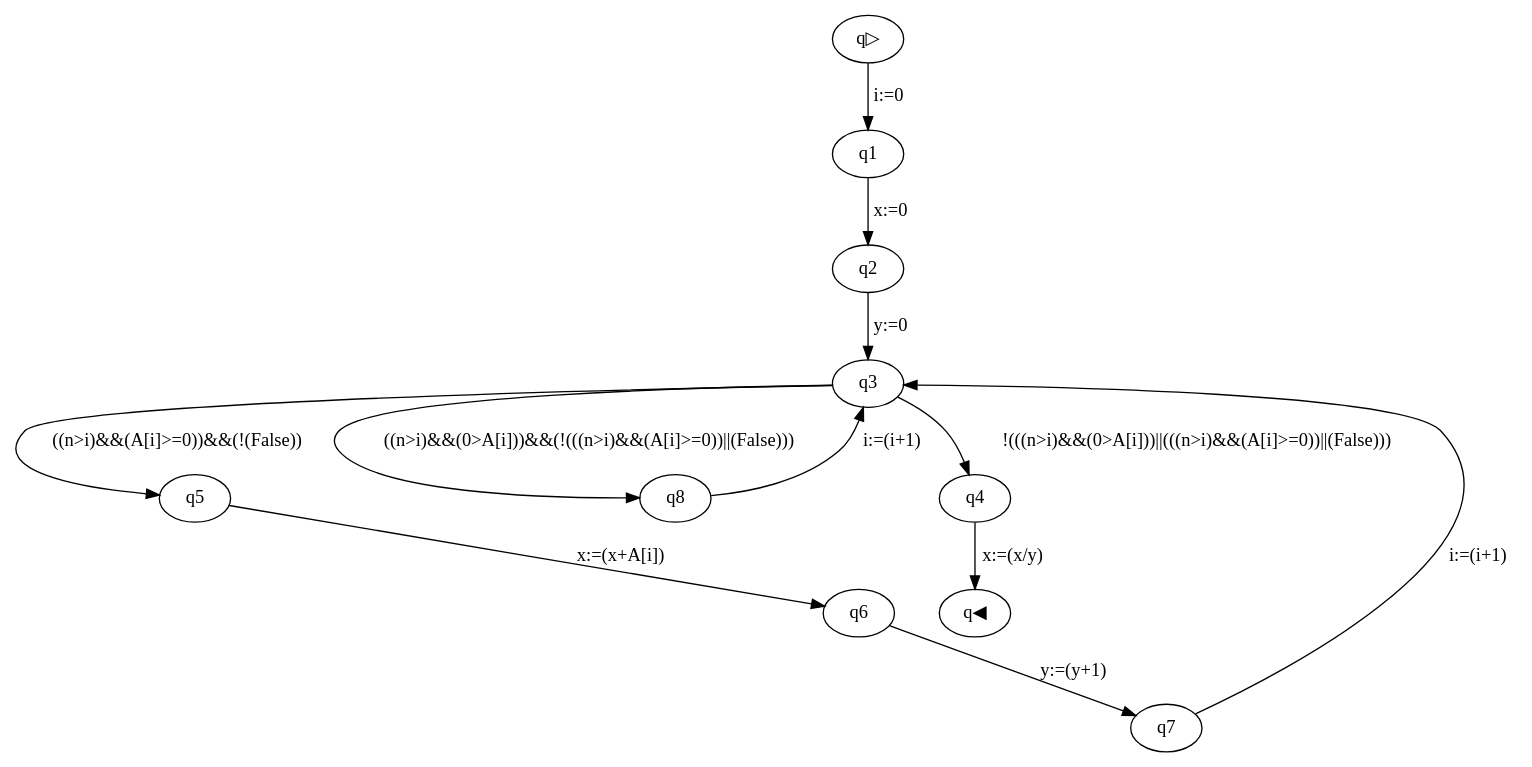
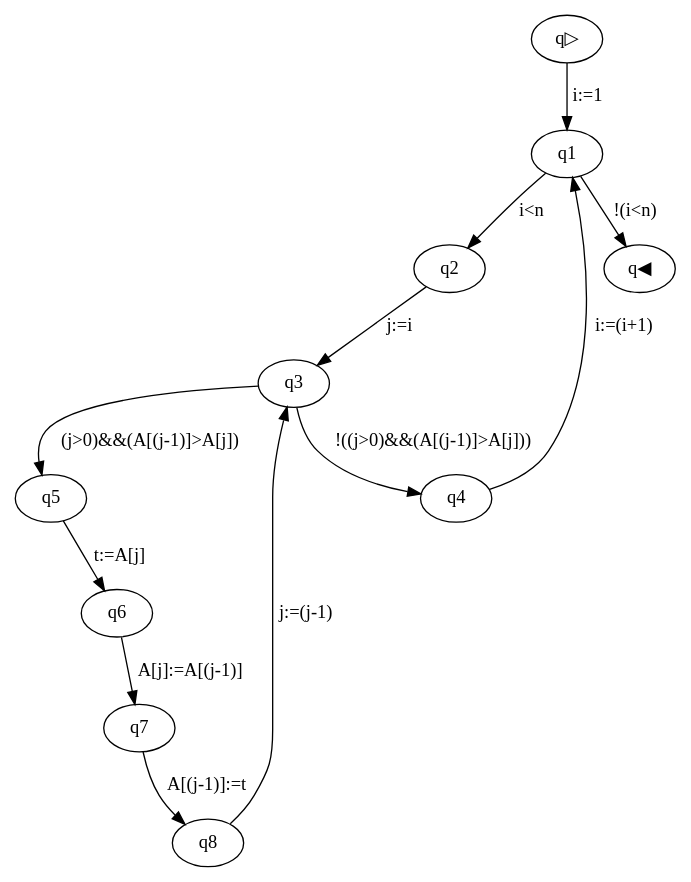
The diagram in FilesOUT/graph.dot (JepMik/GCL-Build-Analyse-Tool), drawn with Graphviz before and after one commit. The commit also changed 6 other files, not shown here.

```diff
--- a/FilesOUT/graph.dot
+++ b/FilesOUT/graph.dot
@@ -1,13 +1,13 @@
 strict digraph {
-q▷ -> q1[label="i:=0"];
-q1 -> q2[label="x:=0"];
-q2 -> q3[label="y:=0"];
-q3 -> q5[label="((n>i)&&(A[i]>=0))&&(!(False))"];
-q5 -> q6[label="x:=(x+A[i])"];
-q6 -> q7[label="y:=(y+1)"];
-q7 -> q3[label="i:=(i+1)"];
-q3 -> q8[label="((n>i)&&(0>A[i]))&&(!(((n>i)&&(A[i]>=0))||(False)))"];
-q8 -> q3[label="i:=(i+1)"];
-q3 -> q4[label="!(((n>i)&&(0>A[i]))||(((n>i)&&(A[i]>=0))||(False)))"];
-q4 -> q◀[label="x:=(x/y)"];
+q▷ -> q1[label="i:=1"];
+q1 -> q2[label="i<n"];
+q2 -> q3[label="j:=i"];
+q3 -> q5[label="(j>0)&&(A[(j-1)]>A[j])"];
+q5 -> q6[label="t:=A[j]"];
+q6 -> q7[label="A[j]:=A[(j-1)]"];
+q7 -> q8[label="A[(j-1)]:=t"];
+q8 -> q3[label="j:=(j-1)"];
+q3 -> q4[label="!((j>0)&&(A[(j-1)]>A[j]))"];
+q4 -> q1[label="i:=(i+1)"];
+q1 -> q◀[label="!(i<n)"];
 }
```
